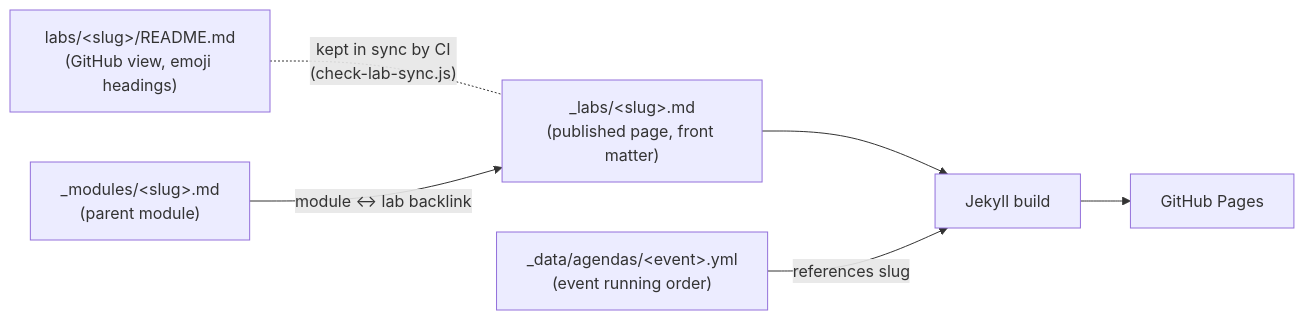
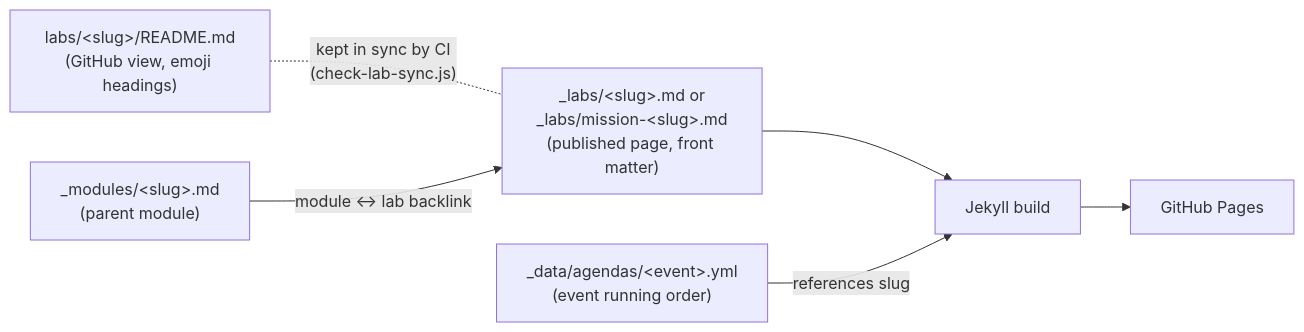
The diagram in docs/NEW_LAB_CHECKLIST.md (microsoft/mcs-labs), drawn with Mermaid before and after one commit. The commit also changed other lines of this file and 50 other files, not shown here.

````diff
--- a/docs/NEW_LAB_CHECKLIST.md
+++ b/docs/NEW_LAB_CHECKLIST.md
@@ -250,15 +260,15 @@
 ```mermaid
 flowchart LR
     A["labs/&lt;slug&gt;/README.md<br/>(GitHub view, emoji headings)"]
-    B["_labs/&lt;slug&gt;.md<br/>(published page, front matter)"]
+    B["_labs/&lt;slug&gt;.md or<br/>_labs/mission-&lt;slug&gt;.md<br/>(published page, front matter)"]
     C["_modules/&lt;slug&gt;.md<br/>(parent module)"]
     D["_data/agendas/&lt;event&gt;.yml<br/>(event running order)"]
     E["Jekyll build"]
     F["GitHub Pages"]
 
     A -. "kept in sync by CI<br/>(check-lab-sync.js)" .- B
     B --> E
     C -- "module ↔ lab backlink" --> B
     D -- "references slug" --> E
     E --> F
 ```
````
